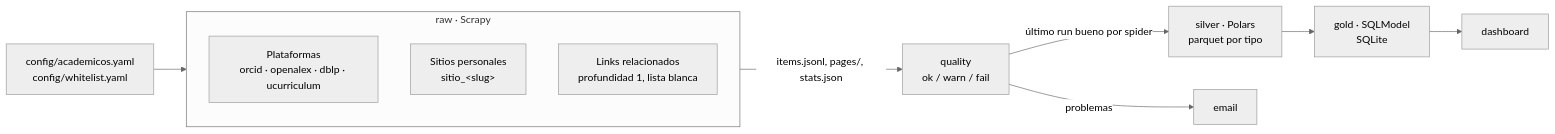
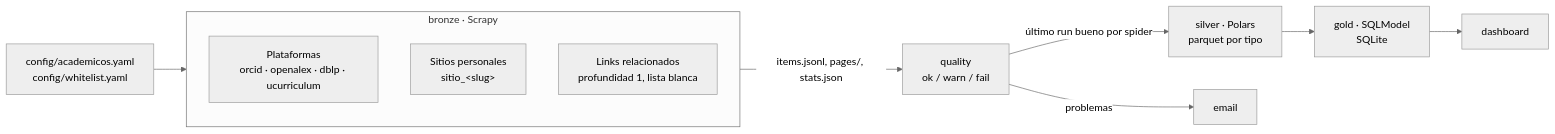
The diagram in README.md (DCC-FCFM-UCHILE/daii-pipelines), drawn with Mermaid (neutral theme) before and after one commit. The commit also changed other lines of this file and 99 other files, not shown here.

First line of the commit message:
Renombrar la capa raw a bronze y documentar el flujo de revisión

````diff
--- a/README.md
+++ b/README.md
@@ -34,14 +34,14 @@
 ```mermaid
 flowchart LR
-    cfg[config/academicos.yaml<br/>config/whitelist.yaml] --> raw
-    subgraph raw [raw · Scrapy]
+    cfg[config/academicos.yaml<br/>config/whitelist.yaml] --> bronze
+    subgraph bronze [bronze · Scrapy]
       p[Plataformas<br/>orcid · openalex · dblp · ucurriculum]
       s[Sitios personales<br/>sitio_&lt;slug&gt;]
       r[Links relacionados<br/>profundidad 1, lista blanca]
     end
-    raw -->|items.jsonl, pages/, stats.json| q[quality<br/>ok / warn / fail]
+    bronze -->|items.jsonl, pages/, stats.json| q[quality<br/>ok / warn / fail]
     q -->|último run bueno por spider| silver[silver · Polars<br/>parquet por tipo]
     silver --> gold[gold · SQLModel<br/>SQLite]
     q -->|problemas| mail[email]
     gold --> dash[dashboard]
 ```
````
